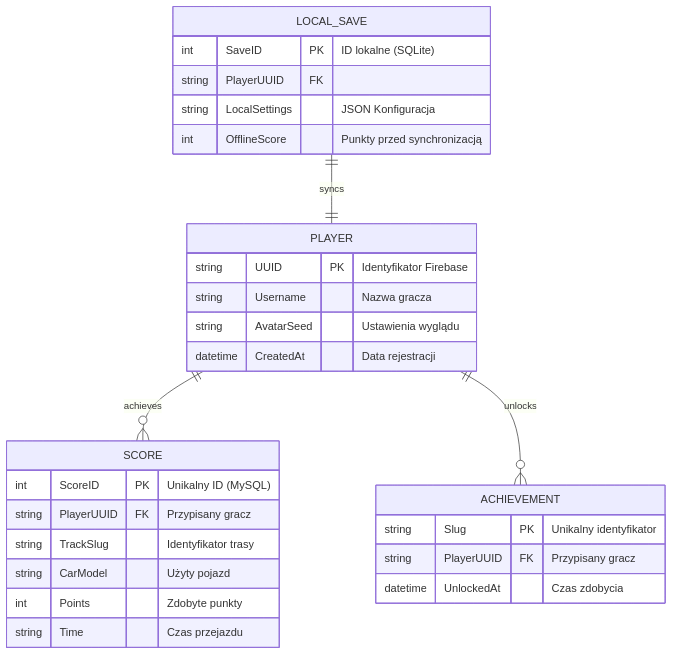
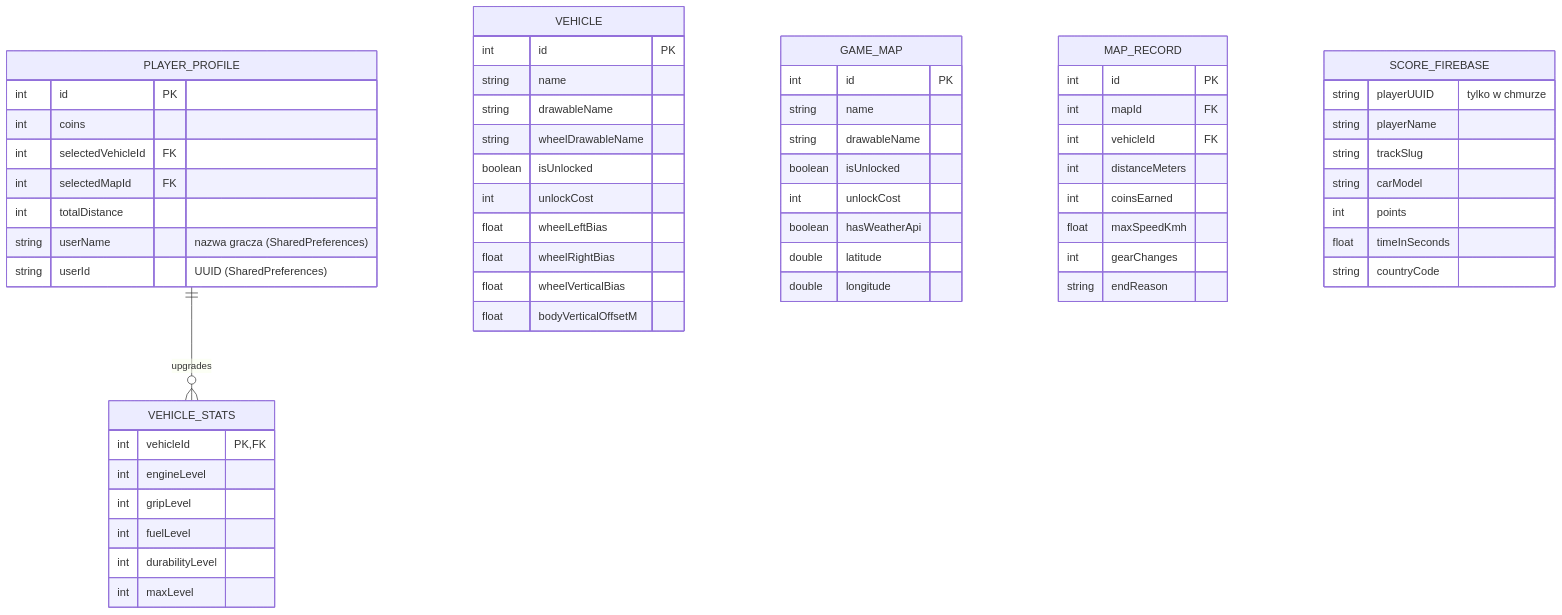
The diagram in docs/database-schema.md (JKarminski/DriveAndAlive), drawn with Mermaid before and after one commit. The commit also changed other lines of this file, not shown here.

Commit message:
Zmieniono plik przedstawiający wykorzystanie baz danych w projekcie

````diff
--- a/docs/database-schema.md
+++ b/docs/database-schema.md
@@ -19,31 +18,62 @@
 ```mermaid
 erDiagram
-    PLAYER ||--o{ SCORE : achieves
-    PLAYER ||--o{ ACHIEVEMENT : unlocks
-    PLAYER {
-        string UUID PK "Identyfikator Firebase"
-        string Username "Nazwa gracza"
-        string AvatarSeed "Ustawienia wyglądu"
-        datetime CreatedAt "Data rejestracji"
+    PLAYER_PROFILE ||--o{ VEHICLE_STATS : upgrades
+    PLAYER_PROFILE {
+        int id PK
+        int coins
+        int selectedVehicleId FK
+        int selectedMapId FK
+        int totalDistance
+        string userName "nazwa gracza (SharedPreferences)"
+        string userId "UUID (SharedPreferences)"
     }
-    SCORE {
-        int ScoreID PK "Unikalny ID (MySQL)"
-        string PlayerUUID FK "Przypisany gracz"
-        string TrackSlug "Identyfikator trasy"
-        string CarModel "Użyty pojazd"
-        int Points "Zdobyte punkty"
-        string Time "Czas przejazdu"
+    VEHICLE {
+        int id PK
+        string name
+        string drawableName
+        string wheelDrawableName
+        boolean isUnlocked
+        int unlockCost
+        float wheelLeftBias
+        float wheelRightBias
+        float wheelVerticalBias
+        float bodyVerticalOffsetM
     }
-    ACHIEVEMENT {
-        string Slug PK "Unikalny identyfikator"
-        string PlayerUUID FK "Przypisany gracz"
-        datetime UnlockedAt "Czas zdobycia"
+    VEHICLE_STATS {
+        int vehicleId PK,FK
+        int engineLevel
+        int gripLevel
+        int fuelLevel
+        int durabilityLevel
+        int maxLevel
     }
-    LOCAL_SAVE ||--|| PLAYER : syncs
-    LOCAL_SAVE {
-        int SaveID PK "ID lokalne (SQLite)"
-        string PlayerUUID FK
-        string LocalSettings "JSON Konfiguracja"
-        int OfflineScore "Punkty przed synchronizacją"
+    GAME_MAP {
+        int id PK
+        string name
+        string drawableName
+        boolean isUnlocked
+        int unlockCost
+        boolean hasWeatherApi
+        double latitude
+        double longitude
+    }
+    MAP_RECORD {
+        int id PK
+        int mapId FK
+        int vehicleId FK
+        int distanceMeters
+        int coinsEarned
+        float maxSpeedKmh
+        int gearChanges
+        string endReason
+    }
+    SCORE_FIREBASE {
+        string playerUUID "tylko w chmurze"
+        string playerName
+        string trackSlug
+        string carModel
+        int points
+        float timeInSeconds
+        string countryCode
     }
 ```
````
